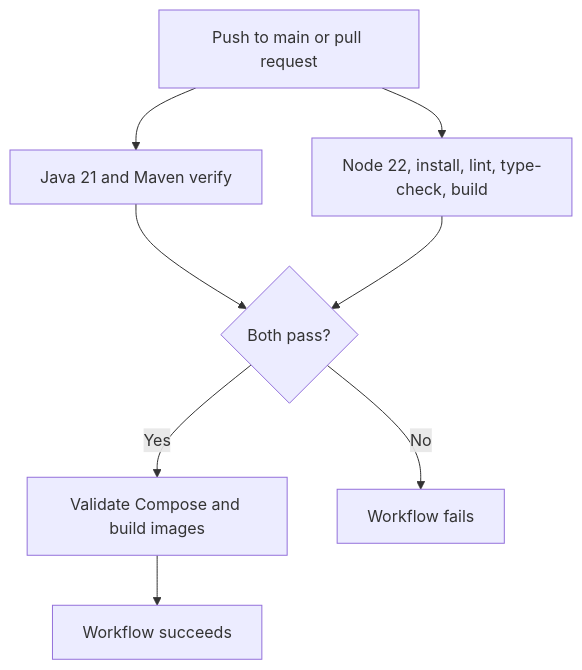
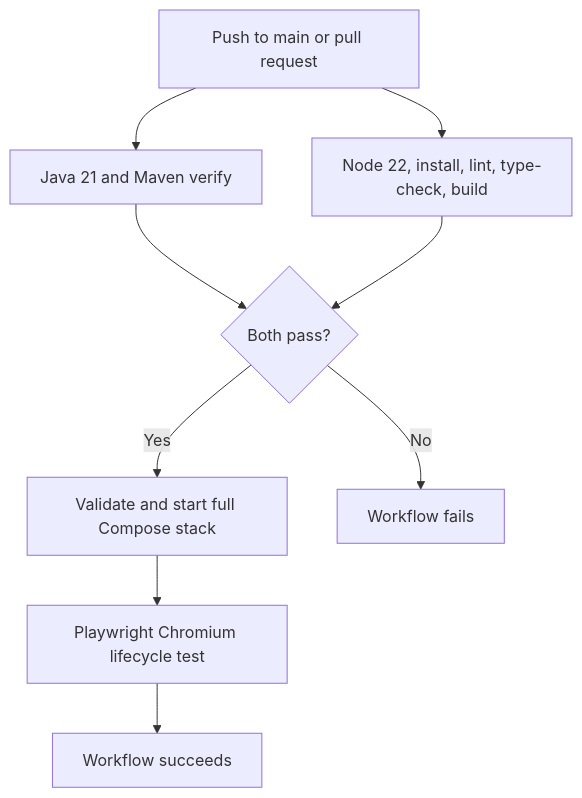
Diagram 19 of 19 in docs/system-guide.md (Kourosh-MD/enacademy-learning), drawn with Mermaid before and after one commit. The commit also changed other lines of this file and 5 other files, not shown here.

```diff
--- a/docs/system-guide.md
+++ b/docs/system-guide.md
@@ -1445,10 +1584,11 @@
 ~~~mermaid
 flowchart TD
     Event[Push to main or pull request] --> Backend[Java 21 and Maven verify]
     Event --> Frontend[Node 22, install, lint, type-check, build]
     Backend --> Gate{Both pass?}
     Frontend --> Gate
-    Gate -- Yes --> Containers[Validate Compose and build images]
+    Gate -- Yes --> Containers[Validate and start full Compose stack]
     Gate -- No --> Fail[Workflow fails]
-    Containers --> Success[Workflow succeeds]
+    Containers --> Browser[Playwright Chromium lifecycle test]
+    Browser --> Success[Workflow succeeds]
 ~~~
```
